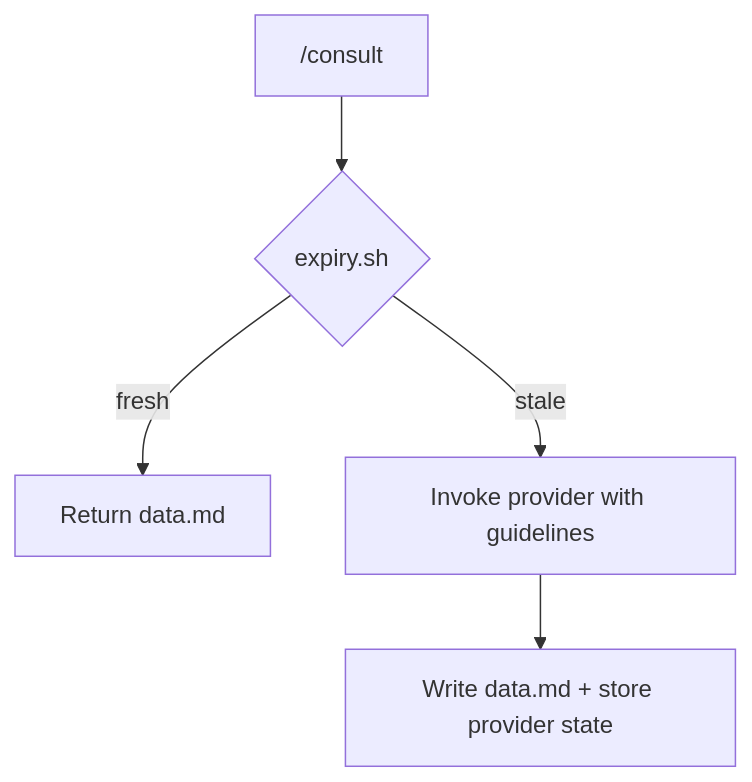
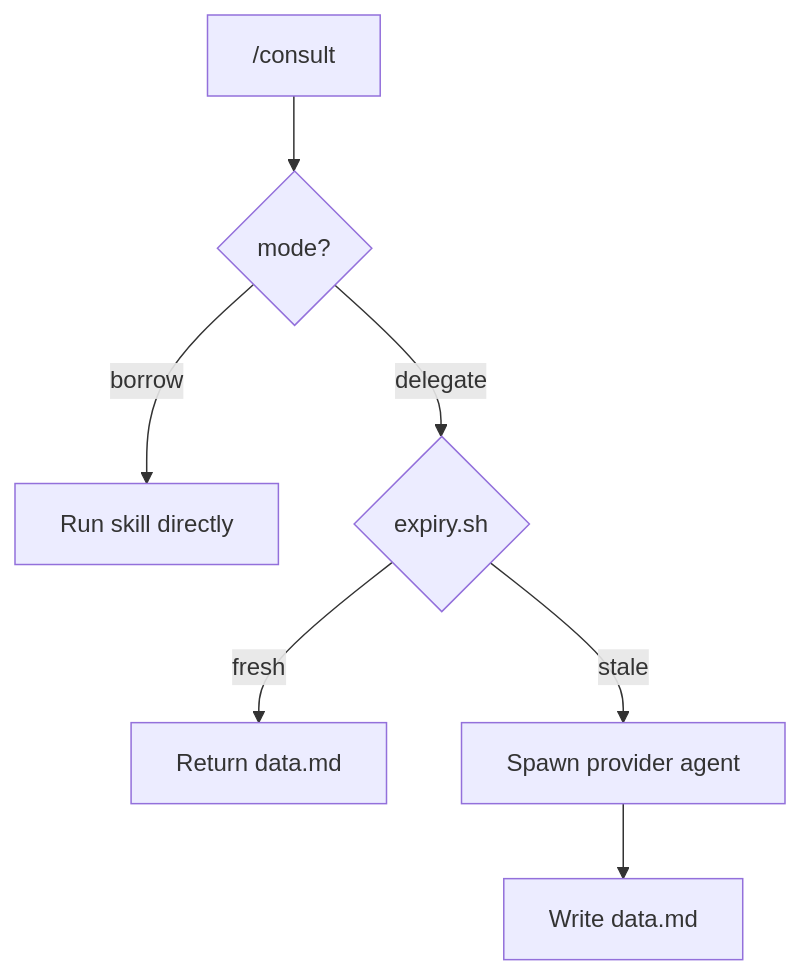
The diagram in docs/framework/kords.md (Kord96/kordinate), drawn with Mermaid before and after one commit. The commit also changed other lines of this file and 10 other files, not shown here.

First line of the commit message:
Add borrow/delegate modes to kords — borrow runs skill directly, delegate spawns agent

````diff
--- a/docs/framework/kords.md
+++ b/docs/framework/kords.md
@@ -70,7 +61,9 @@
 ```mermaid
 flowchart TB
-    C["/consult"] --> G{"expiry.sh"}
-    G -->|fresh| M[Return data.md]
-    G -->|stale| K[Invoke provider with guidelines]
-    K --> W[Write data.md + store provider state]
+    C["/consult"] --> M{mode?}
+    M -->|borrow| S[Run skill directly]
+    M -->|delegate| G{"expiry.sh"}
+    G -->|fresh| D[Return data.md]
+    G -->|stale| K[Spawn provider agent]
+    K --> W[Write data.md]
 ```
````
